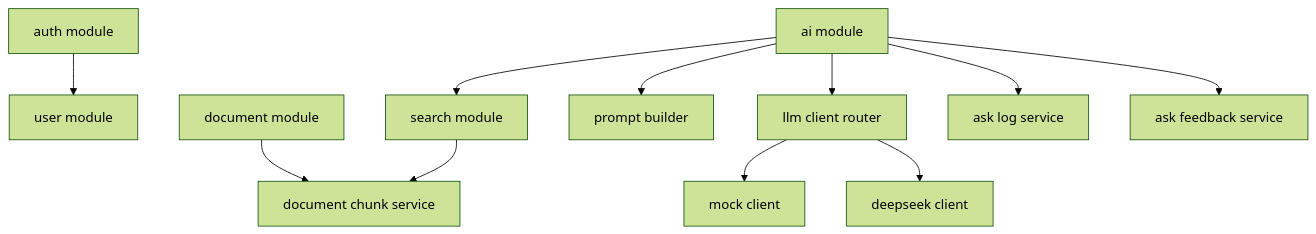
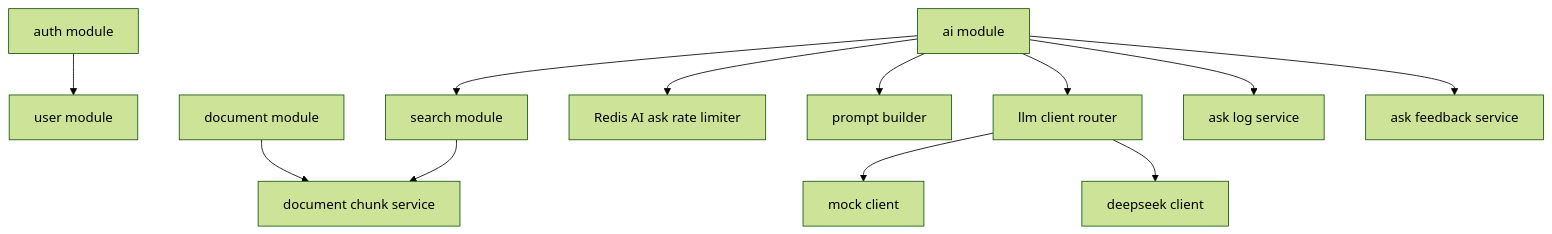
One commit to wwjorker/devmind changed the first of 3 diagrams in backend/docs/architecture.md. Above: the diagram before and after it, drawn with Mermaid (forest theme). The commit also changed other lines of this file and 15 other files, not shown here.

Commit message:
feat: rate limit AI ask requests with Redis

````diff
--- a/backend/docs/architecture.md
+++ b/backend/docs/architecture.md
@@ -9,13 +9,14 @@
 ```mermaid
 flowchart TB
     Auth["auth module"] --> User["user module"]
     Document["document module"] --> Chunk["document chunk service"]
     Search["search module"] --> Chunk
     AI["ai module"] --> Search
+    AI --> RateLimit["Redis AI ask rate limiter"]
     AI --> Prompt["prompt builder"]
     AI --> LLM["llm client router"]
     AI --> Log["ask log service"]
     AI --> Feedback["ask feedback service"]
     LLM --> Mock["mock client"]
     LLM --> DeepSeek["deepseek client"]
 ```
````
